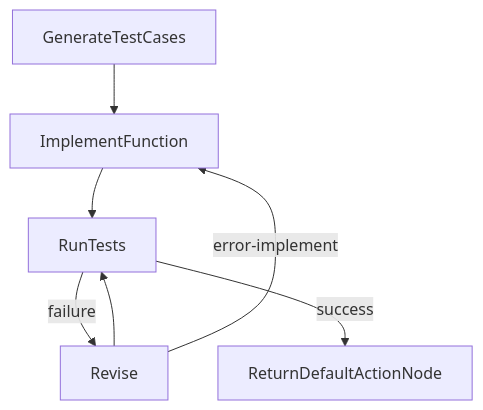
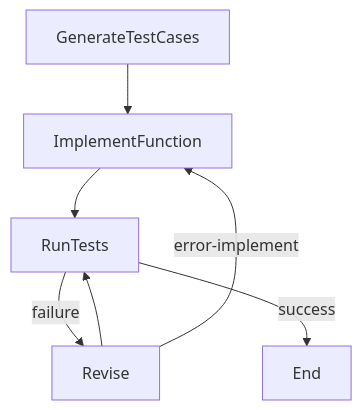
One commit to jimkk159/test-creater changed the second of 2 diagrams in README.md. Above: the diagram before and after it, drawn with Mermaid. The commit also changed other lines of this file, not shown here.

````diff
--- a/README.md
+++ b/README.md
@@ -33,7 +33,7 @@
 ```mermaid
 flowchart TD
     G[GenerateTestCases] --> H[ImplementFunction] --> I[RunTests]
     I -- failure --> J[Revise] --> I
-    I -- success --> K[ReturnDefaultActionNode]
+    I -- success --> K[End]
     J -- error-implement --> H
 ```
````
